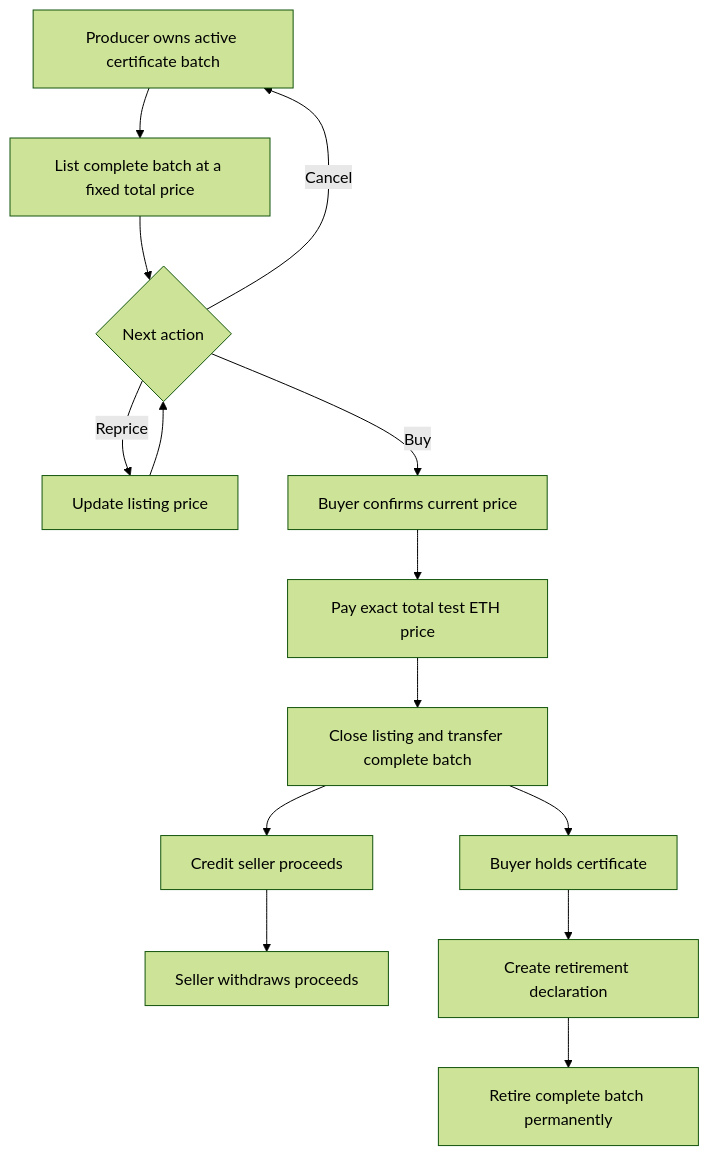
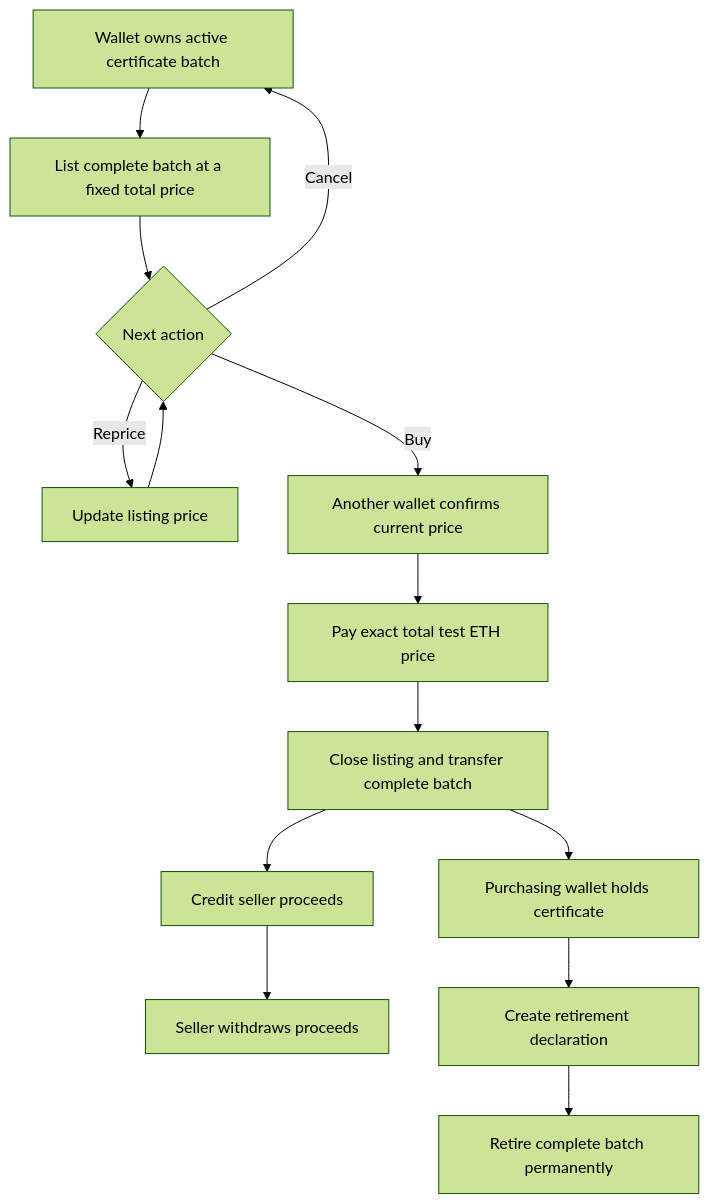
The fourth of 6 diagrams in docs/development/02-architecture-flow.md (chuansao258-888/Greencert), drawn with Mermaid (forest theme) before and after one commit. The commit also changed other lines of this file and 23 other files, not shown here.

````diff
--- a/docs/development/02-architecture-flow.md
+++ b/docs/development/02-architecture-flow.md
@@ -81,16 +80,16 @@
 ```mermaid
 flowchart TD
-    A[Producer owns active certificate batch] --> B[List complete batch at a fixed total price]
+    A[Wallet owns active certificate batch] --> B[List complete batch at a fixed total price]
     B --> C{Next action}
     C -->|Reprice| D[Update listing price]
     D --> C
     C -->|Cancel| A
-    C -->|Buy| E[Buyer confirms current price]
+    C -->|Buy| E[Another wallet confirms current price]
     E --> F[Pay exact total test ETH price]
     F --> G[Close listing and transfer complete batch]
     G --> H[Credit seller proceeds]
     H --> I[Seller withdraws proceeds]
-    G --> J[Buyer holds certificate]
+    G --> J[Purchasing wallet holds certificate]
     J --> K[Create retirement declaration]
     K --> L[Retire complete batch permanently]
 ```
````
